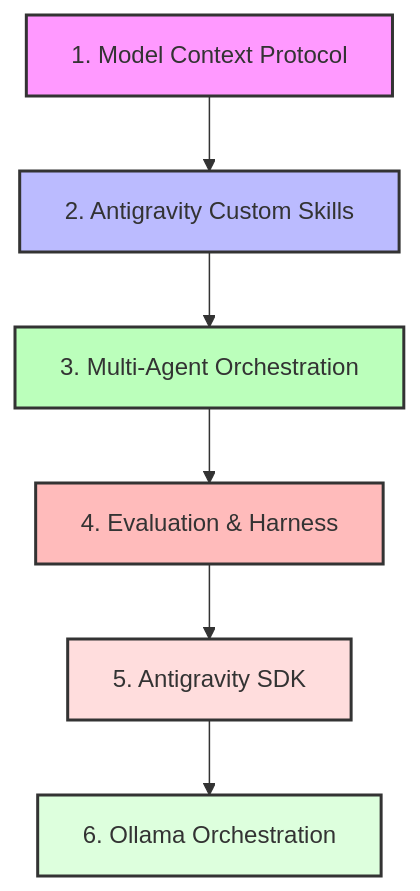
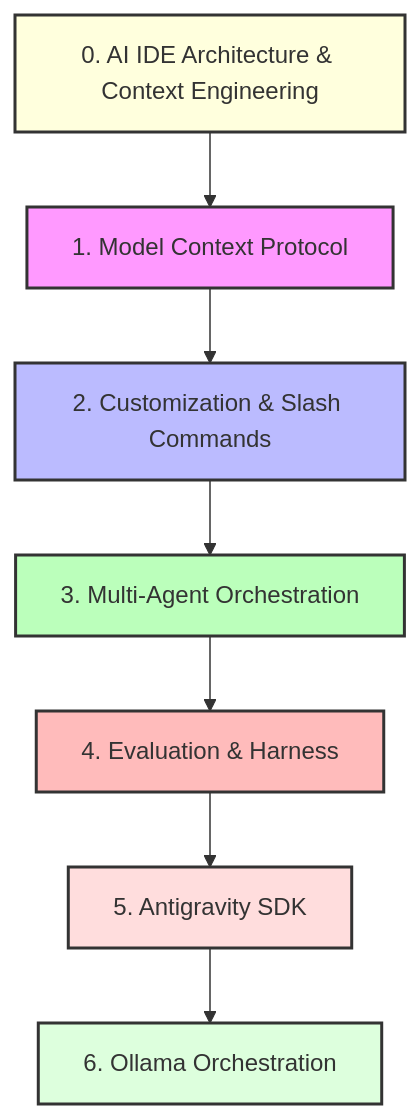
Before and after one commit to eooiea/AI-Engineering: the diagram in curriculum.md, drawn with Mermaid. The commit also changed other lines of this file and 2 other files, not shown here.

First line of the commit message:
feat: AI IDE 아키텍처 및 컨텍스트 엔지니어링 신설 모듈 구축

````diff
--- a/curriculum.md
+++ b/curriculum.md
@@ -11,14 +11,16 @@
 ```mermaid
 graph TD
-    M1[1. Model Context Protocol] --> M2[2. Antigravity Custom Skills]
+    M0[0. AI IDE Architecture & Context Engineering] --> M1[1. Model Context Protocol]
+    M1 --> M2[2. Customization & Slash Commands]
     M2 --> M3[3. Multi-Agent Orchestration]
     M3 --> M4[4. Evaluation & Harness]
     M4 --> M5[5. Antigravity SDK]
     M5 --> M6[6. Ollama Orchestration]
+    style M0 fill:#ffd,stroke:#333,stroke-width:2px
     style M1 fill:#f9f,stroke:#333,stroke-width:2px
     style M2 fill:#bbf,stroke:#333,stroke-width:2px
     style M3 fill:#bfb,stroke:#333,stroke-width:2px
     style M4 fill:#fbb,stroke:#333,stroke-width:2px
     style M5 fill:#fdd,stroke:#333,stroke-width:2px
     style M6 fill:#dfd,stroke:#333,stroke-width:2px
 ```
````
